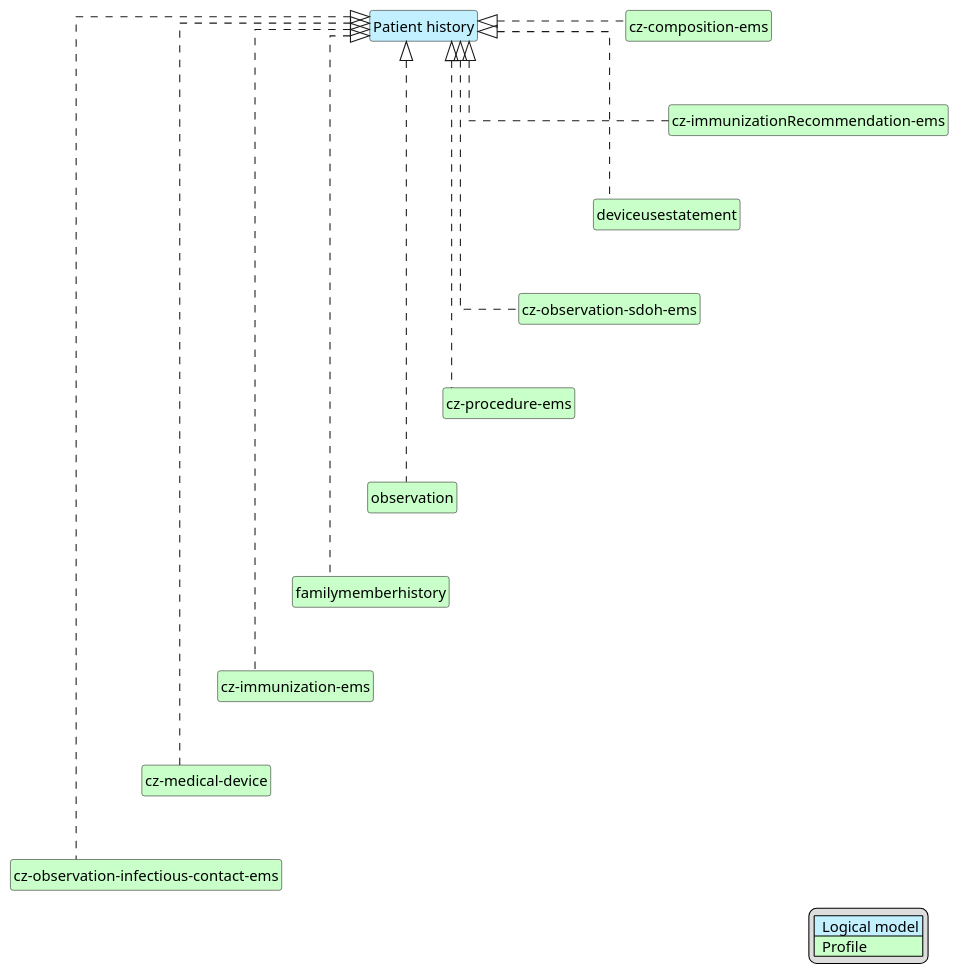
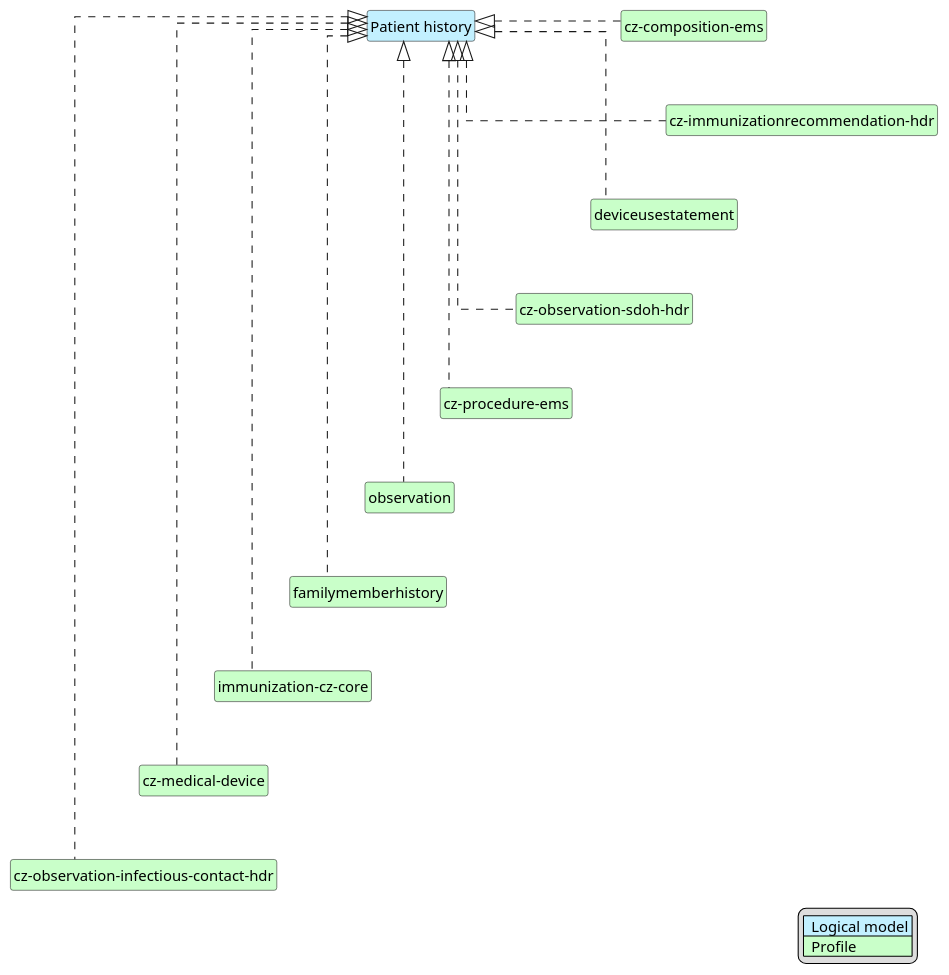
One commit to HL7-cz/cz-ems changed the diagram in input/images-source/emsPatientHistory-map.plantuml. Above: the diagram before and after it, drawn with PlantUML. The commit also changed 23 other files, not shown here.

Commit message:
Linking profiles to the new cz-core and hdr variants – removing profiles that are part of dependencies and have no added value

```diff
--- a/input/images-source/emsPatientHistory-map.plantuml
+++ b/input/images-source/emsPatientHistory-map.plantuml
@@ -1,50 +1,50 @@
 @startuml
 hide circle
 hide stereotype
 hide members
 hide methods
 skinparam linetype ortho
 skinparam class {
 BackgroundColor<<LogicalModel>> #APPLICATION
 BackgroundColor<<Profile>> #TECHNOLOGY
 }
 legend right
 | <#APPLICATION>  Logical model |
 | <#TECHNOLOGY>  Profile |
 endlegend
 
 class "Patient history" <<LogicalModel>> [[StructureDefinition-PatientHistoryCz.html]]
 
 class "cz-composition-ems" <<Profile>> [[StructureDefinition-cz-composition-ems.html]]
-class "cz-immunizationRecommendation-ems" <<Profile>> [[StructureDefinition-cz-immunizationRecommendation-ems.html]]
+class "cz-immunizationrecommendation-hdr" <<Profile>> [[https://build.fhir.org/ig/HL7-cz/hdr/StructureDefinition-cz-immunizationrecommendation-hdr.html]]
 class "cz-medical-device" <<Profile>> [[https://build.fhir.org/ig/HL7-cz/cz-core/StructureDefinition-cz-medical-device.html]]
 class "deviceusestatement" <<Profile>> [[https://hl7.org/fhir/R4/deviceusestatement.html]]
-class "cz-immunization-ems" <<Profile>> [[StructureDefinition-cz-immunization-ems.html]]
-class "cz-observation-sdoh-ems" <<Profile>> [[StructureDefinition-cz-observation-sdoh-ems.html]]
+class "immunization-cz-core" <<Profile>> [[https://build.fhir.org/ig/HL7-cz/cz-core/StructureDefinition-immunization-cz-core.html]]
+class "cz-observation-sdoh-hdr" <<Profile>> [[https://build.fhir.org/ig/HL7-cz/hdr/StructureDefinition-cz-observation-sdoh-hdr.html]]
 class "cz-procedure-ems" <<Profile>> [[StructureDefinition-cz-procedure-ems.html]]
 class "observation" <<Profile>> [[https://hl7.org/fhir/R4/observation.html]]
 class "familymemberhistory" <<Profile>> [[https://hl7.org/fhir/R4/familymemberhistory.html]]
-class "cz-observation-infectious-contact-ems" <<Profile>> [[StructureDefinition-cz-observation-infectious-contact-ems.html]]
+class "cz-observation-infectious-contact-hdr" <<Profile>> [[https://build.fhir.org/ig/HL7-cz/hdr/StructureDefinition-cz-observation-infectious-contact-hdr.html]]
 
 "Patient history" <|. "cz-composition-ems"
-"Patient history" <|. "cz-immunizationRecommendation-ems"
+"Patient history" <|. "cz-immunizationrecommendation-hdr"
 "Patient history" <|. "deviceusestatement"
-"Patient history" <|. "cz-immunization-ems"
-"Patient history" <|. "cz-observation-sdoh-ems"
+"Patient history" <|. "immunization-cz-core"
+"Patient history" <|. "cz-observation-sdoh-hdr"
 "Patient history" <|. "cz-procedure-ems"
 "Patient history" <|. "observation"
 "Patient history" <|. "familymemberhistory"
 "Patient history" <|. "cz-medical-device"
-"Patient history" <|. "cz-observation-infectious-contact-ems"
+"Patient history" <|. "cz-observation-infectious-contact-hdr"
 
-"cz-composition-ems" -d[hidden]-> "cz-immunizationRecommendation-ems"
-"cz-immunizationRecommendation-ems" -d[hidden]-> "deviceusestatement"
-"deviceusestatement" -d[hidden]-> "cz-observation-sdoh-ems"
-"cz-observation-sdoh-ems" -d[hidden]-> "cz-procedure-ems"
+"cz-composition-ems" -d[hidden]-> "cz-immunizationrecommendation-hdr"
+"cz-immunizationrecommendation-hdr" -d[hidden]-> "deviceusestatement"
+"deviceusestatement" -d[hidden]-> "cz-observation-sdoh-hdr"
+"cz-observation-sdoh-hdr" -d[hidden]-> "cz-procedure-ems"
 "cz-procedure-ems" -d[hidden]-> "observation"
 "observation" -d[hidden]-> "familymemberhistory"
-"familymemberhistory" -d[hidden]-> "cz-immunization-ems"
-"cz-immunization-ems" -d[hidden]-> "cz-medical-device"
-"cz-medical-device" -d[hidden]-> "cz-observation-infectious-contact-ems"
+"familymemberhistory" -d[hidden]-> "immunization-cz-core"
+"immunization-cz-core" -d[hidden]-> "cz-medical-device"
+"cz-medical-device" -d[hidden]-> "cz-observation-infectious-contact-hdr"
 
 @enduml
```
